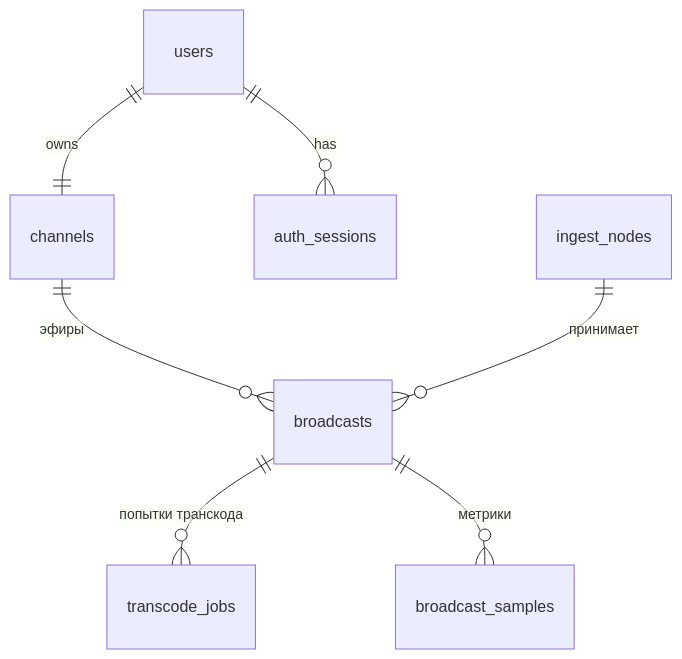
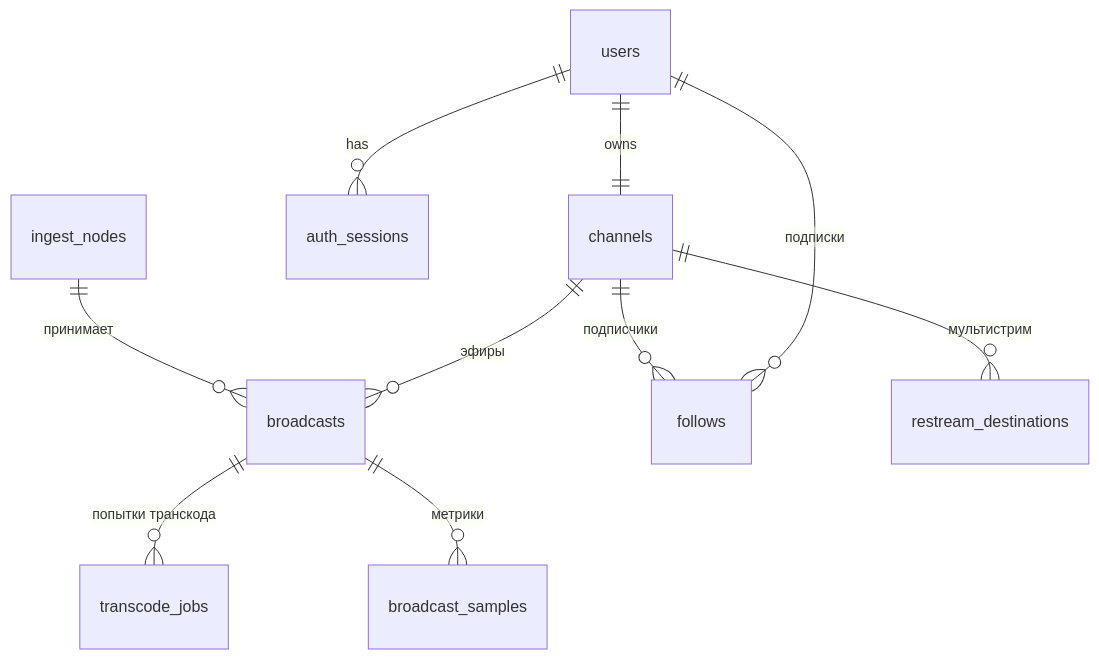
One commit to AlexMelanFromRingo/rtmps-demo changed the second of 3 diagrams in docs/ARCHITECTURE.md. Above: the diagram before and after it, drawn with Mermaid. The commit also changed other lines of this file and 44 other files, not shown here.

````diff
--- a/docs/ARCHITECTURE.md
+++ b/docs/ARCHITECTURE.md
@@ -116,9 +134,12 @@
 ```mermaid
 erDiagram
   users ||--|| channels : owns
   users ||--o{ auth_sessions : has
   channels ||--o{ broadcasts : "эфиры"
   broadcasts ||--o{ transcode_jobs : "попытки транскода"
   broadcasts ||--o{ broadcast_samples : "метрики"
   ingest_nodes ||--o{ broadcasts : "принимает"
+  users ||--o{ follows : "подписки"
+  channels ||--o{ follows : "подписчики"
+  channels ||--o{ restream_destinations : "мультистрим"
 ```
````
